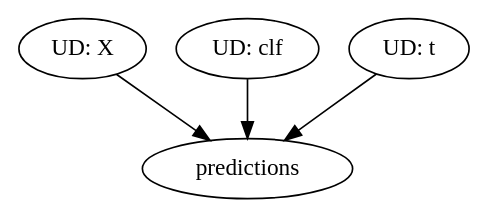
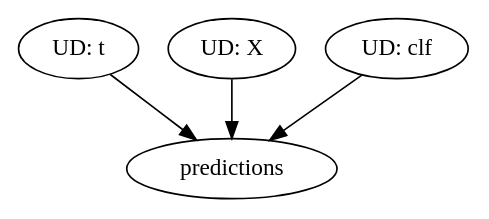
Before and after one commit to aamir09/mlops2_with_dagster: the diagram in artifacts/infer1_dataset.dot, drawn with Graphviz. The commit also changed other lines of this file and 10 other files, not shown here.

Commit message:
added type 2 inference as a single graph

```diff
--- a/artifacts/infer1_dataset.dot
+++ b/artifacts/infer1_dataset.dot
@@ -1,13 +1,13 @@
 // Dependency Graph
 digraph {
+	t [label=t]
+	predictions [label=predictions]
 	X [label=X]
-	predictions [label=predictions]
 	clf [label=clf]
-	t [label=t]
+	t [label="UD: t"]
 	X [label="UD: X"]
 	clf [label="UD: clf"]
-	t [label="UD: t"]
 	clf -> predictions
 	X -> predictions
 	t -> predictions
 }
```
